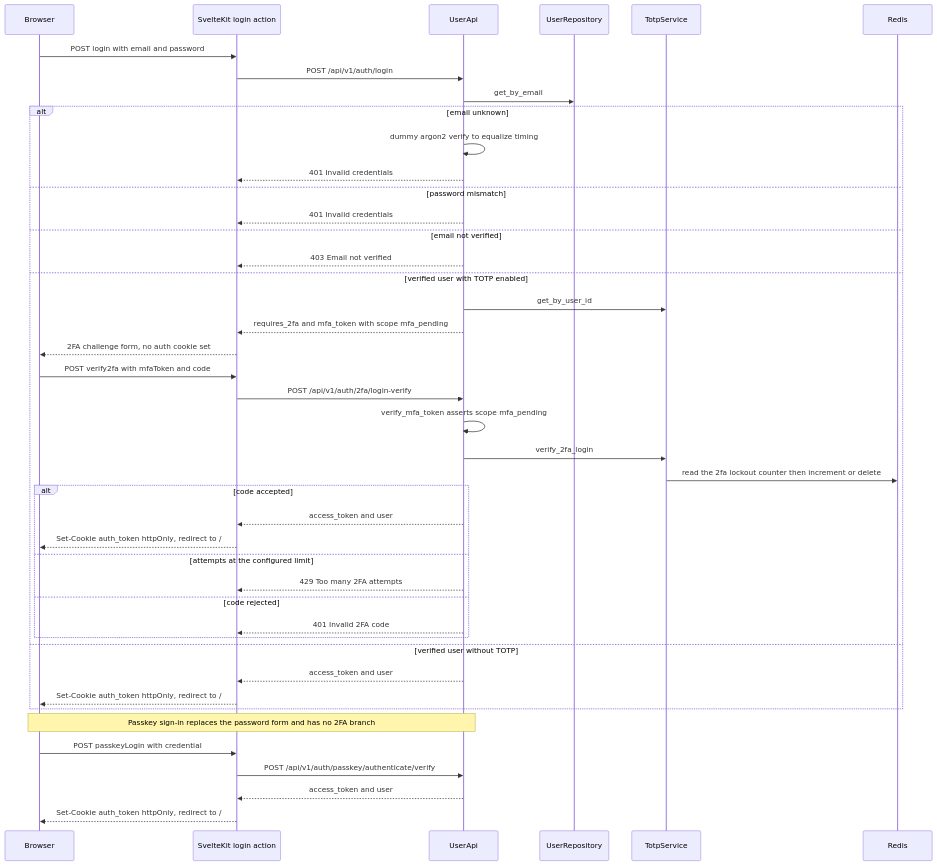
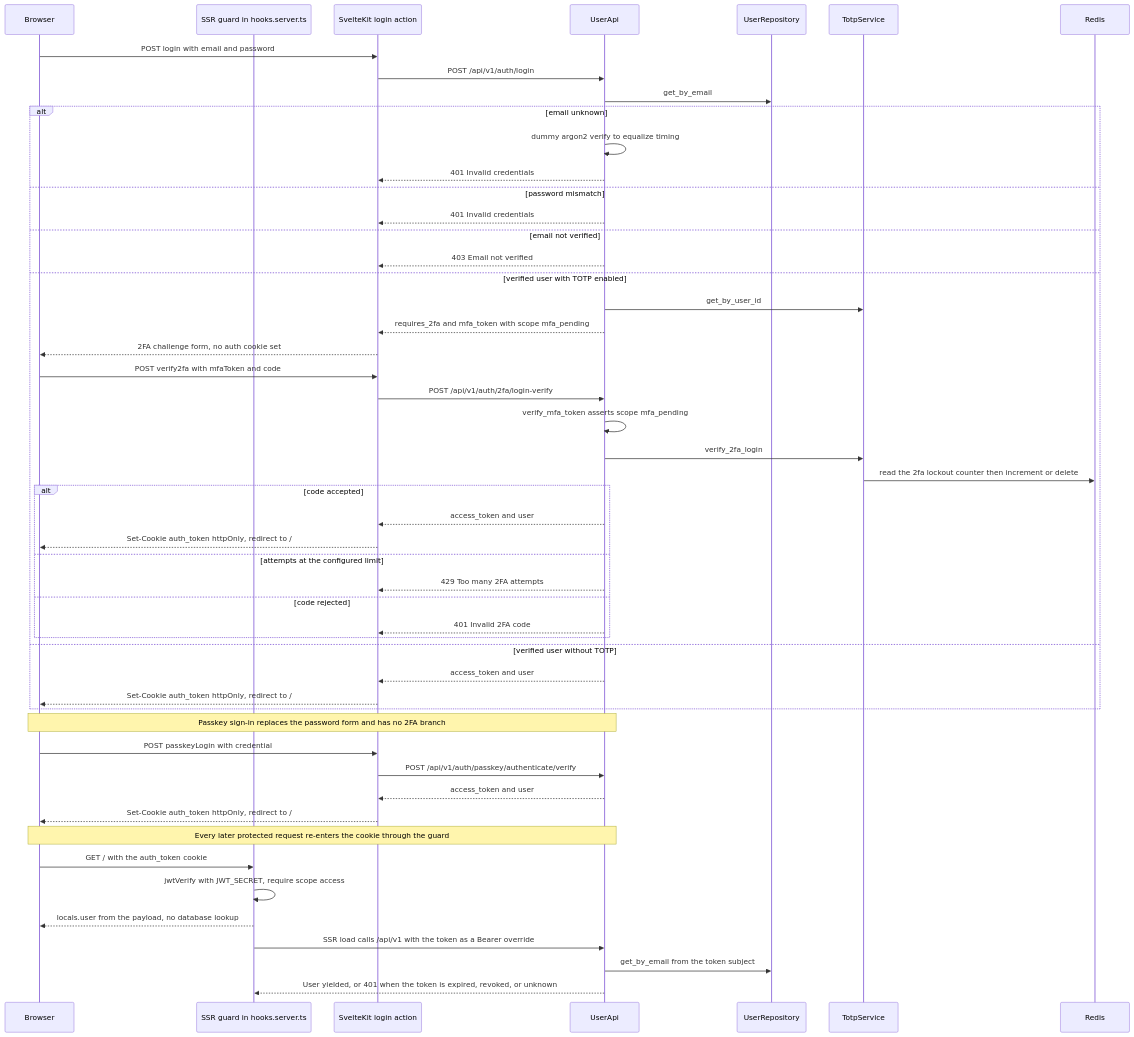
Before and after one commit to havekes/retail-portfolio: the second of 4 diagrams in openwiki/architecture/authentication.md, drawn with Mermaid. The commit also changed other lines of this file and 57 other files, not shown here.

````diff
--- a/openwiki/architecture/authentication.md
+++ b/openwiki/architecture/authentication.md
@@ -176,46 +193,54 @@
 ```mermaid
 sequenceDiagram
     participant B as Browser
+    participant HK as SSR guard in hooks.server.ts
     participant LR as SvelteKit login action
     participant UA as UserApi
     participant UR as UserRepository
     participant TS as TotpService
     participant R as Redis
 
     B->>LR: POST login with email and password
     LR->>UA: POST /api/v1/auth/login
     UA->>UR: get_by_email
     alt email unknown
         UA->>UA: dummy argon2 verify to equalize timing
         UA-->>LR: 401 Invalid credentials
     else password mismatch
         UA-->>LR: 401 Invalid credentials
     else email not verified
         UA-->>LR: 403 Email not verified
     else verified user with TOTP enabled
         UA->>TS: get_by_user_id
         UA-->>LR: requires_2fa and mfa_token with scope mfa_pending
         LR-->>B: 2FA challenge form, no auth cookie set
         B->>LR: POST verify2fa with mfaToken and code
         LR->>UA: POST /api/v1/auth/2fa/login-verify
         UA->>UA: verify_mfa_token asserts scope mfa_pending
         UA->>TS: verify_2fa_login
         TS->>R: read the 2fa lockout counter then increment or delete
         alt code accepted
             UA-->>LR: access_token and user
             LR-->>B: Set-Cookie auth_token httpOnly, redirect to /
         else attempts at the configured limit
             UA-->>LR: 429 Too many 2FA attempts
         else code rejected
             UA-->>LR: 401 Invalid 2FA code
         end
     else verified user without TOTP
         UA-->>LR: access_token and user
         LR-->>B: Set-Cookie auth_token httpOnly, redirect to /
     end
     Note over B,UA: Passkey sign-in replaces the password form and has no 2FA branch
     B->>LR: POST passkeyLogin with credential
     LR->>UA: POST /api/v1/auth/passkey/authenticate/verify
     UA-->>LR: access_token and user
     LR-->>B: Set-Cookie auth_token httpOnly, redirect to /
+    Note over B,UA: Every later protected request re-enters the cookie through the guard
+    B->>HK: GET / with the auth_token cookie
+    HK->>HK: jwtVerify with JWT_SECRET, require scope access
+    HK-->>B: locals.user from the payload, no database lookup
+    HK->>UA: SSR load calls /api/v1 with the token as a Bearer override
+    UA->>UR: get_by_email from the token subject
+    UA-->>HK: User yielded, or 401 when the token is expired, revoked, or unknown
 ```
````
